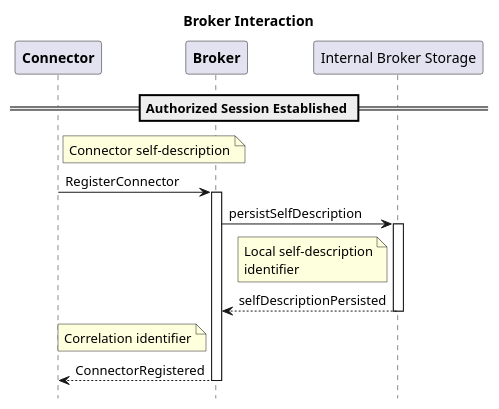
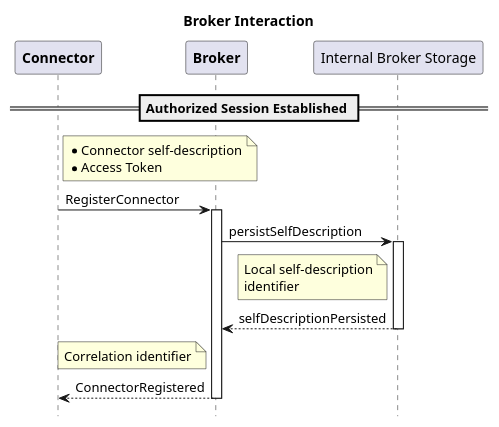
Before and after one commit to IndustrialDataSpace/Documentation: the diagram in broker_interaction.plantuml, drawn with PlantUML. The commit also changed 4 other files, not shown here.

```diff
--- a/broker_interaction.plantuml
+++ b/broker_interaction.plantuml
@@ -1,29 +1,29 @@
 @startuml
 
 hide footbox
 
 title Broker Interaction
 
 participant "**Connector**" as C
 participant "**Broker**" as B
 participant "Internal Broker Storage" as IBS
 
 == Authorized Session Established ==
 
-note right of C: Connector self-description
+note right of C: *Connector self-description\n*Access Token
 C -> B: RegisterConnector
 activate B
 
 B -> IBS: persistSelfDescription
 activate IBS
 
 note left of IBS: Local self-description\nidentifier
 IBS --> B: selfDescriptionPersisted
 deactivate IBS
 
 
 note left of B: Correlation identifier
 B --> C: ConnectorRegistered
 deactivate B
 
 @enduml
```
